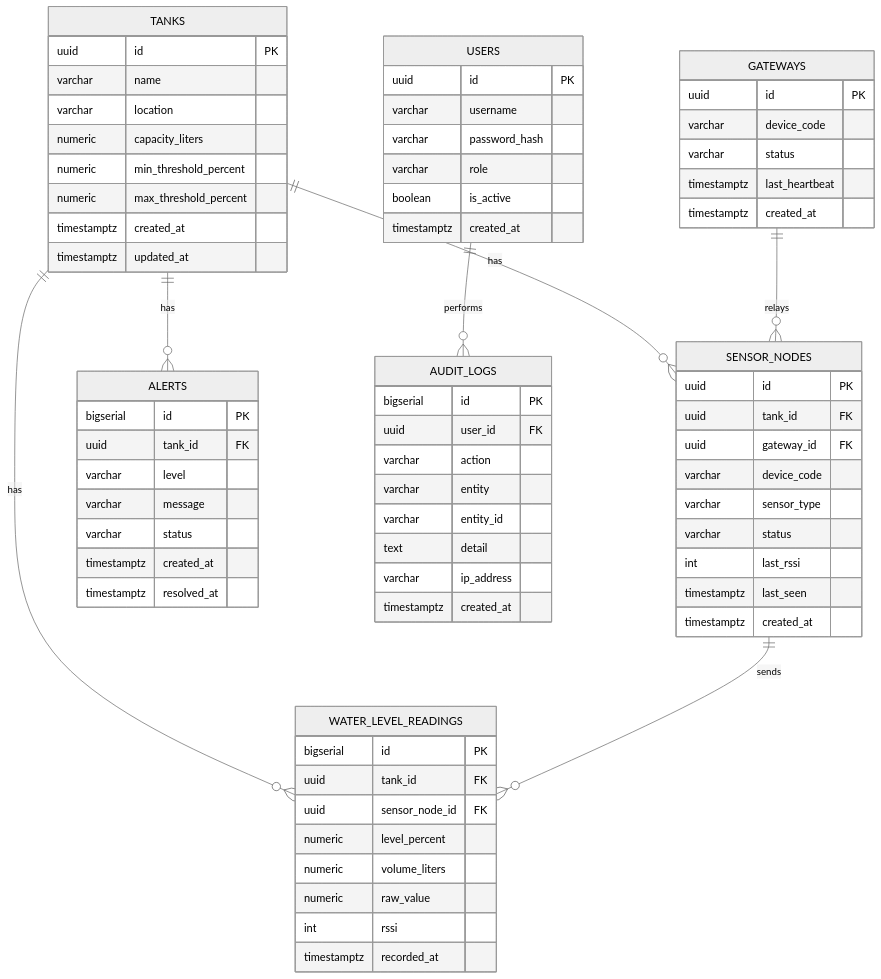
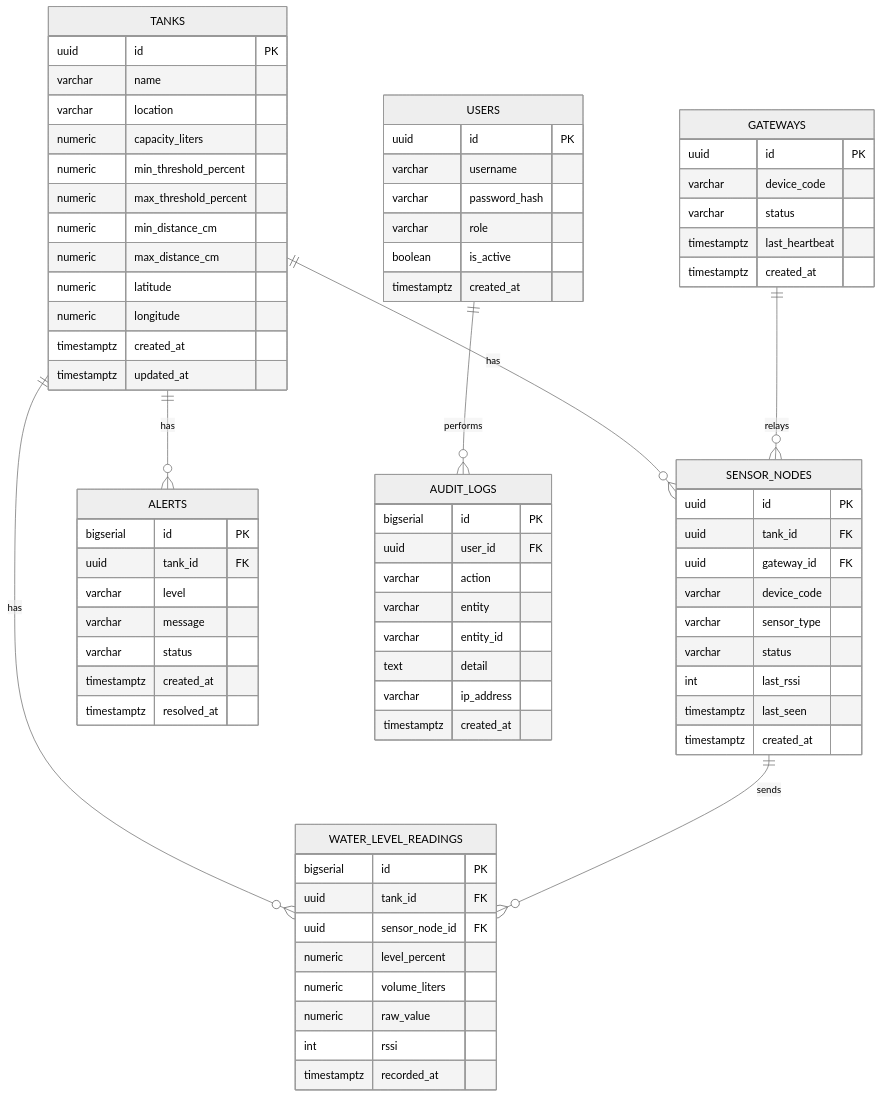
Before and after one commit to PMLD-RSA/backend-rsa-ugm: the second of 3 diagrams in docs/requirements.md, drawn with Mermaid (neutral theme). The commit also changed other lines of this file and 15 other files, not shown here.

```diff
--- a/docs/requirements.md
+++ b/docs/requirements.md
@@ -191,6 +201,10 @@
         numeric capacity_liters
         numeric min_threshold_percent
         numeric max_threshold_percent
+        numeric min_distance_cm
+        numeric max_distance_cm
+        numeric latitude
+        numeric longitude
         timestamptz created_at
         timestamptz updated_at
     }
```
